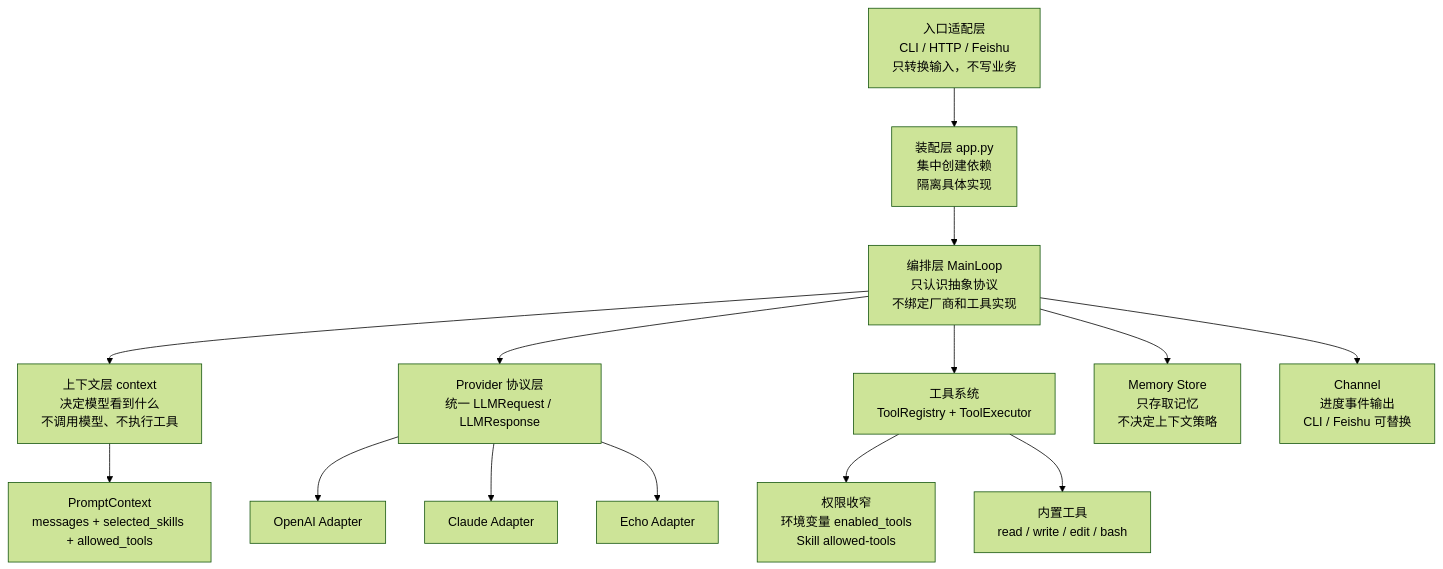
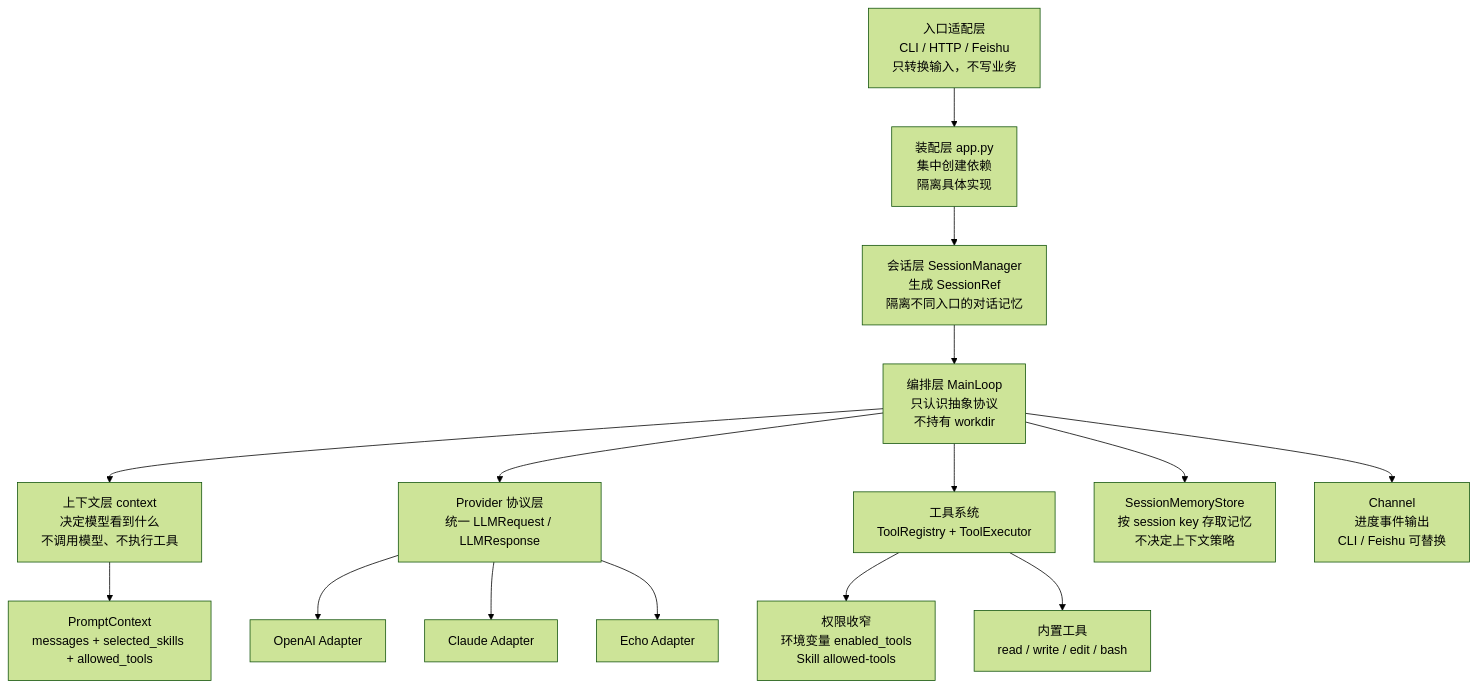
The diagram in docs/ARCHITECTURE.md (barry166/tiny-claw), drawn with Mermaid (forest theme) before and after one commit. The commit also changed other lines of this file and 16 other files, not shown here.

First line of the commit message:
Isolate agent memory by session

````diff
--- a/docs/ARCHITECTURE.md
+++ b/docs/ARCHITECTURE.md
@@ -18,22 +19,23 @@
 ```mermaid
 flowchart TD
     Entry["入口适配层<br/>CLI / HTTP / Feishu<br/>只转换输入，不写业务"] --> App["装配层 app.py<br/>集中创建依赖<br/>隔离具体实现"]
 
-    App --> Engine["编排层 MainLoop<br/>只认识抽象协议<br/>不绑定厂商和工具实现"]
+    App --> Session["会话层 SessionManager<br/>生成 SessionRef<br/>隔离不同入口的对话记忆"]
+    Session --> Engine["编排层 MainLoop<br/>只认识抽象协议<br/>不持有 workdir"]
 
     Engine --> Context["上下文层 context<br/>决定模型看到什么<br/>不调用模型、不执行工具"]
     Context --> Prompt["PromptContext<br/>messages + selected_skills + allowed_tools"]
 
     Engine --> Provider["Provider 协议层<br/>统一 LLMRequest / LLMResponse"]
     Provider --> OpenAI["OpenAI Adapter"]
     Provider --> Claude["Claude Adapter"]
     Provider --> Echo["Echo Adapter"]
 
     Engine --> Tools["工具系统<br/>ToolRegistry + ToolExecutor"]
     Tools --> ToolPolicy["权限收窄<br/>环境变量 enabled_tools<br/>Skill allowed-tools"]
     Tools --> Builtins["内置工具<br/>read / write / edit / bash"]
 
-    Engine --> Memory["Memory Store<br/>只存取记忆<br/>不决定上下文策略"]
+    Engine --> Memory["SessionMemoryStore<br/>按 session key 存取记忆<br/>不决定上下文策略"]
 
     Engine --> Channel["Channel<br/>进度事件输出<br/>CLI / Feishu 可替换"]
 ```
````
